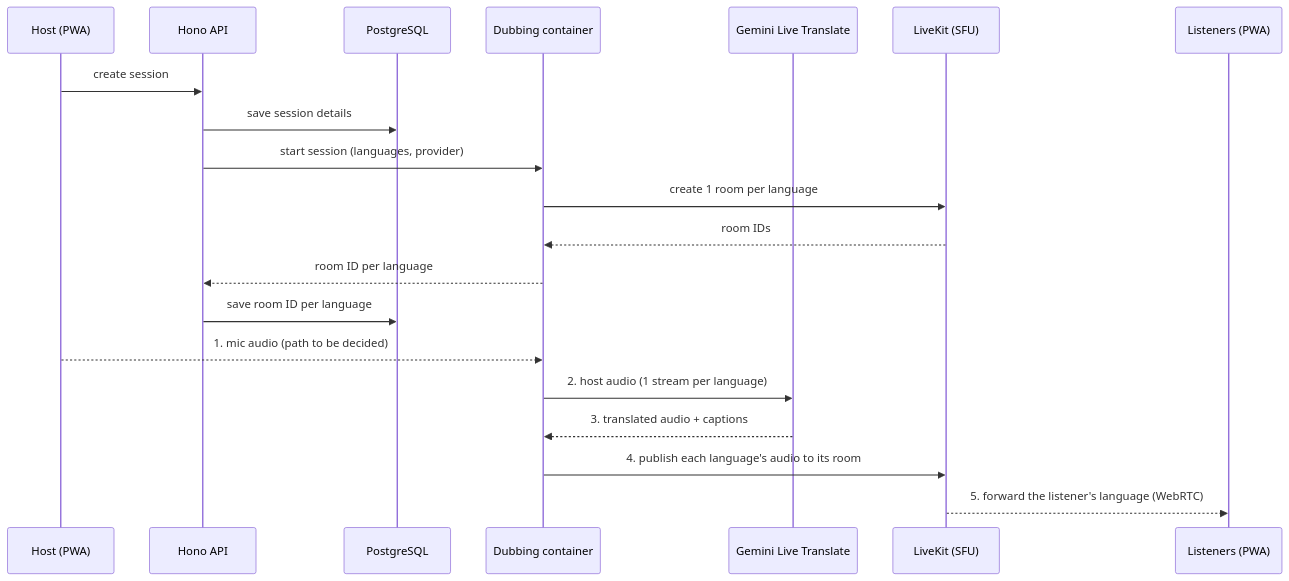
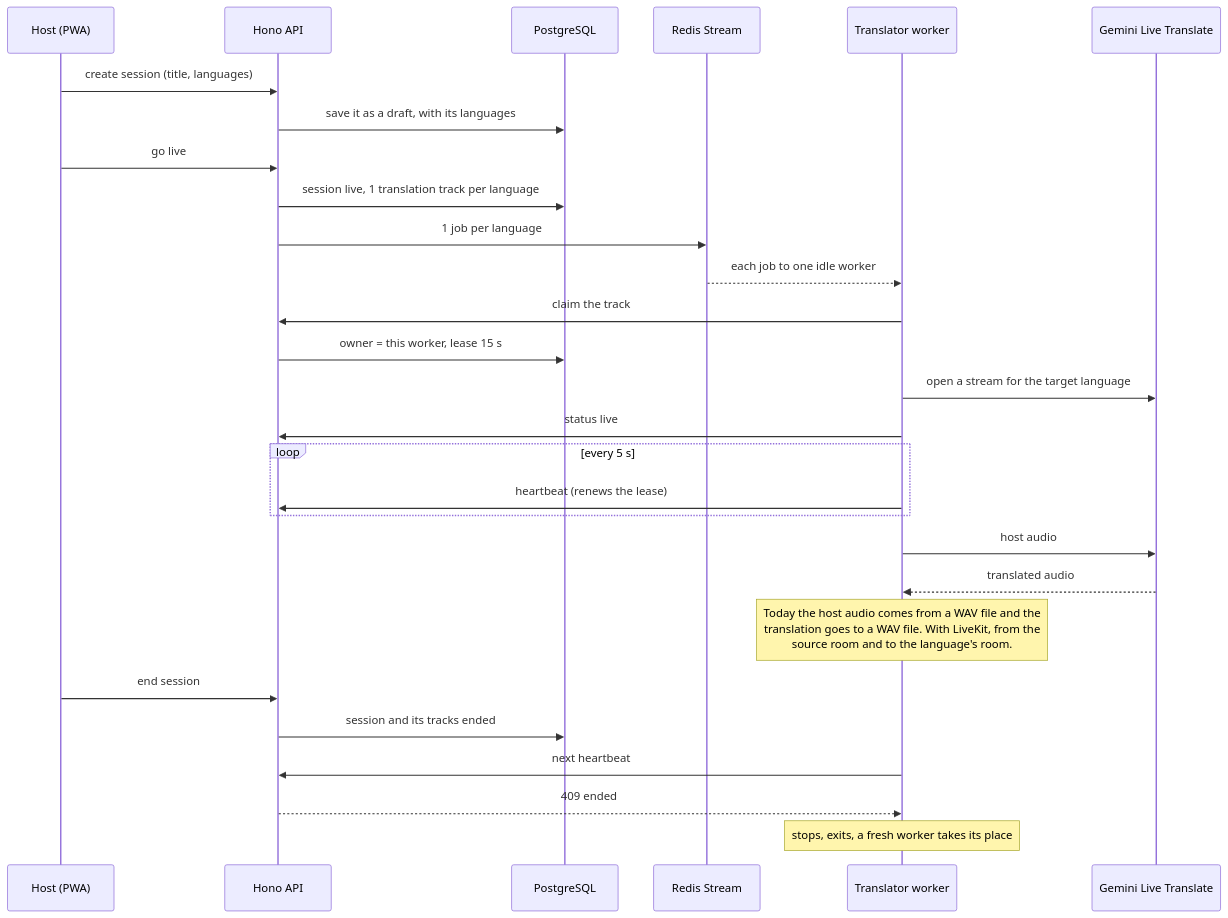
The second of 5 diagrams in docs/architecture.md (WH1TE-SHAD0W/ai-dubbing-studio), drawn with Mermaid before and after one commit. The commit also changed other lines of this file and 1 other file, not shown here.

First line of the commit message:
docs: architecture pages describe the translator workers, Redis and sessions

````diff
--- a/docs/architecture.md
+++ b/docs/architecture.md
@@ -53,22 +73,30 @@
 ```mermaid
 sequenceDiagram
   participant H as Host (PWA)
   participant A as Hono API
   participant D as PostgreSQL
-  participant C as Dubbing container
+  participant R as Redis Stream
+  participant W as Translator worker
   participant G as Gemini Live Translate
-  participant K as LiveKit (SFU)
-  participant L as Listeners (PWA)
-  H->>A: create session
-  A->>D: save session details
-  A->>C: start session (languages, provider)
-  C->>K: create 1 room per language
-  K-->>C: room IDs
-  C-->>A: room ID per language
-  A->>D: save room ID per language
-  H-->>C: 1. mic audio (path to be decided)
-  C->>G: 2. host audio (1 stream per language)
-  G-->>C: 3. translated audio + captions
-  C->>K: 4. publish each language's audio to its room
-  K-->>L: 5. forward the listener's language (WebRTC)
+  H->>A: create session (title, languages)
+  A->>D: save it as a draft, with its languages
+  H->>A: go live
+  A->>D: session live, 1 translation track per language
+  A->>R: 1 job per language
+  R-->>W: each job to one idle worker
+  W->>A: claim the track
+  A->>D: owner = this worker, lease 15 s
+  W->>G: open a stream for the target language
+  W->>A: status live
+  loop every 5 s
+    W->>A: heartbeat (renews the lease)
+  end
+  W->>G: host audio
+  G-->>W: translated audio
+  Note over W: Today the host audio comes from a WAV file and the<br/>translation goes to a WAV file. With LiveKit, from the<br/>source room and to the language's room.
+  H->>A: end session
+  A->>D: session and its tracks ended
+  W->>A: next heartbeat
+  A-->>W: 409 ended
+  Note over W: stops, exits, a fresh worker takes its place
 ```
````
